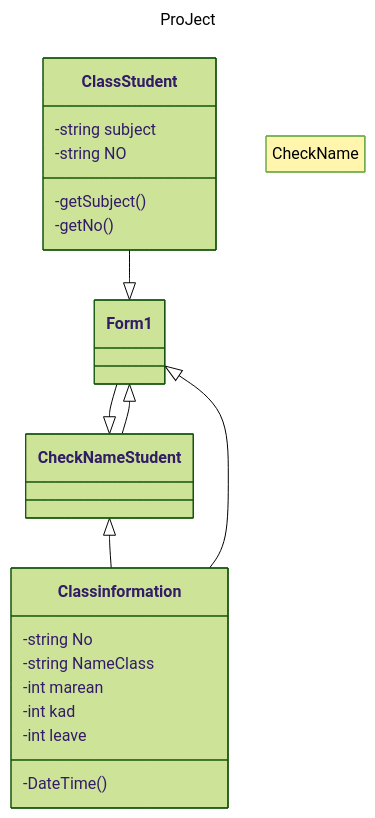
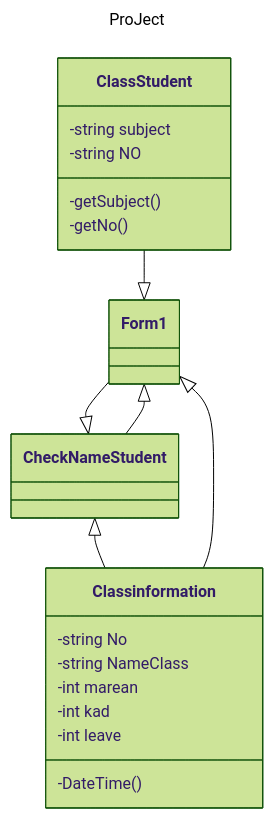
Before and after one commit to junthimapianopromwang/CheckNamesys: the diagram in README.md, drawn with Mermaid (forest theme).

````diff
--- a/README.md
+++ b/README.md
@@ -16,26 +16,25 @@
 ```mermaid
 ---
 title: ProJect
 ---
 classDiagram
-    note "CheckName"
     ClassStudent --|> Form1
     Classinformation --|> Form1
     CheckNameStudent <|-- Classinformation
     CheckNameStudent --|> Form1
     Form1 --|> CheckNameStudent
     class Classinformation{
         -string No
         -string NameClass
         -int marean
         -int kad
         -int leave
         -DateTime()
     }
     class ClassStudent {
         -string subject
         -string NO
         -getSubject()
         -getNo()
     }
 ```
````
